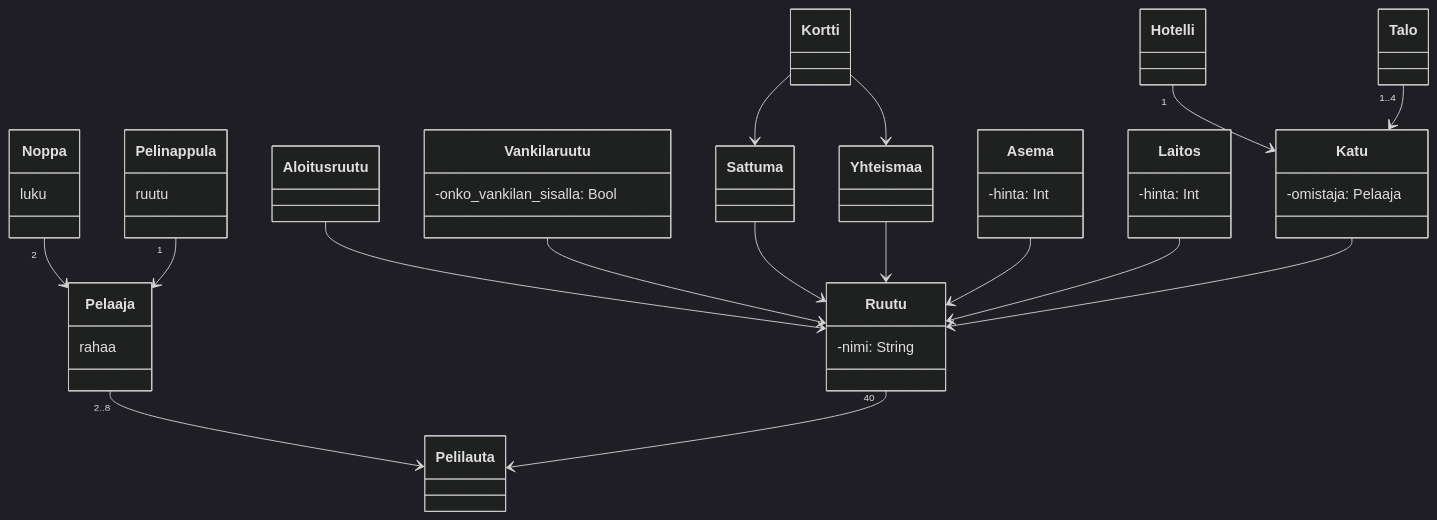
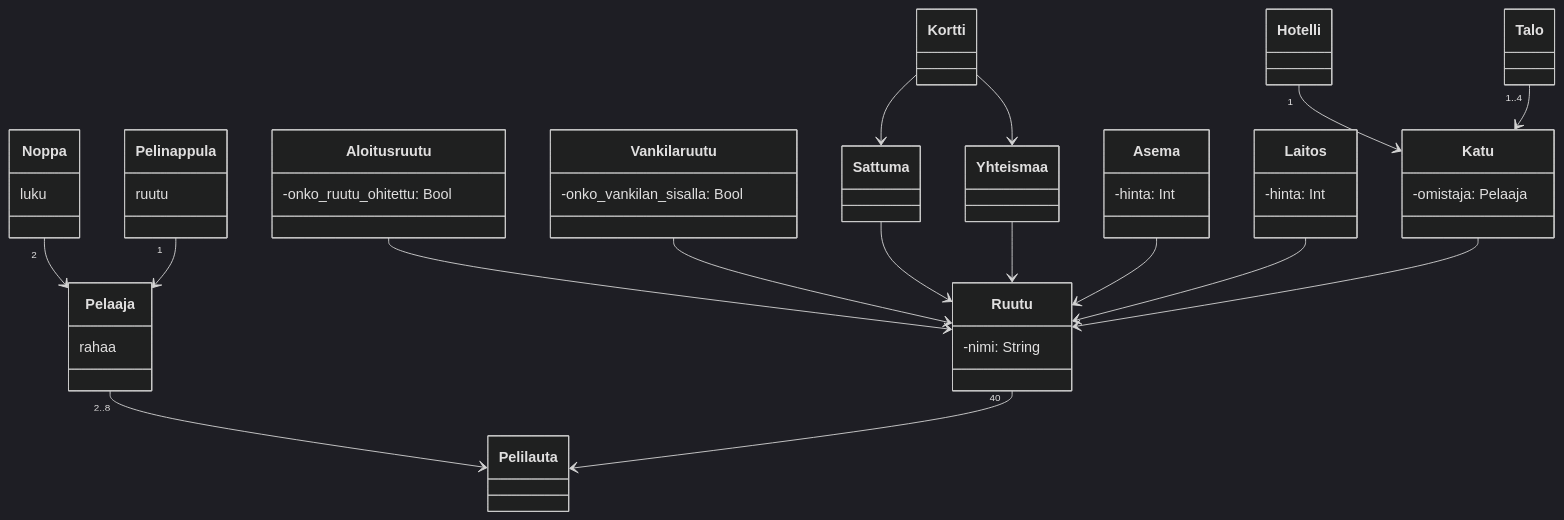
The diagram in laskarit/viikko3/Monopoli_kaavio.md (Yahimoh/ot-harjoitustyo), drawn with Mermaid (dark theme) before and after one commit.

````diff
--- a/laskarit/viikko3/Monopoli_kaavio.md
+++ b/laskarit/viikko3/Monopoli_kaavio.md
@@ -1,77 +1,78 @@
 ```mermaid
  classDiagram
 	
 	Noppa "2" --> Pelaaja
 	Pelaaja "2..8" --> Pelilauta
 	Ruutu "40" --> Pelilauta
 	Pelinappula "1" --> Pelaaja
 
 	Aloitusruutu --> Ruutu
 	Vankilaruutu --> Ruutu
 	Sattuma --> Ruutu
 	Yhteismaa --> Ruutu
 	Asema --> Ruutu
 	Laitos --> Ruutu
 	Katu --> Ruutu
 	
 	Hotelli "1" --> Katu
 	Talo "1..4" --> Katu
 	
 	Kortti --> Sattuma
 	Kortti --> Yhteismaa
 	
 
 	class Noppa {
 		luku
 	}
 
         class Pelaaja {
 		rahaa
         }
 
 	class Pelilauta {
 	}
 
 	class Ruutu {
 		-nimi: String
 	}
 	
 	class Pelinappula {
 		ruutu
 	}
 
 	class Aloitusruutu {
+		-onko_ruutu_ohitettu: Bool
 	}
 
 	class Vankilaruutu {
 		-onko_vankilan_sisalla: Bool
 	}
 		
 	class Sattuma {
 	}	
 	
 	class Yhteismaa {
 	}
 	
 	class Asema {
 		-hinta: Int
 	}
 	
 	class Laitos {
 		-hinta: Int
 	}
 
 	class Katu {
 		-omistaja: Pelaaja
 	}
 	
 	class Hotelli {
 	}
 	
 	class Talo {
 	}
 	
 	class Kortti {
 	}
 	 
 ```
````
